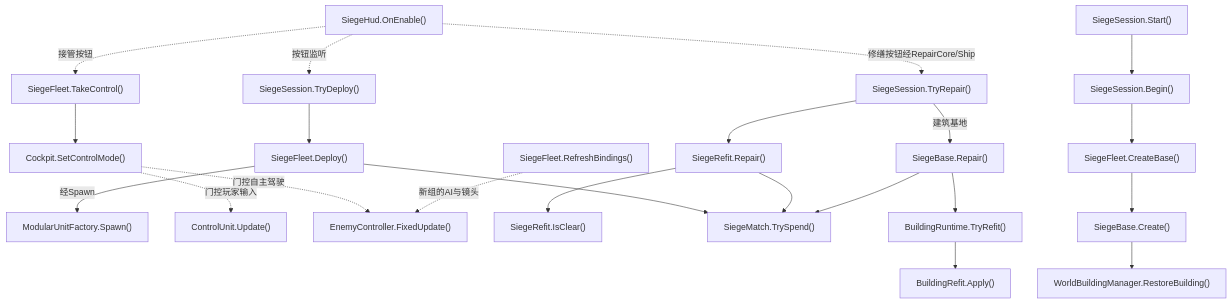
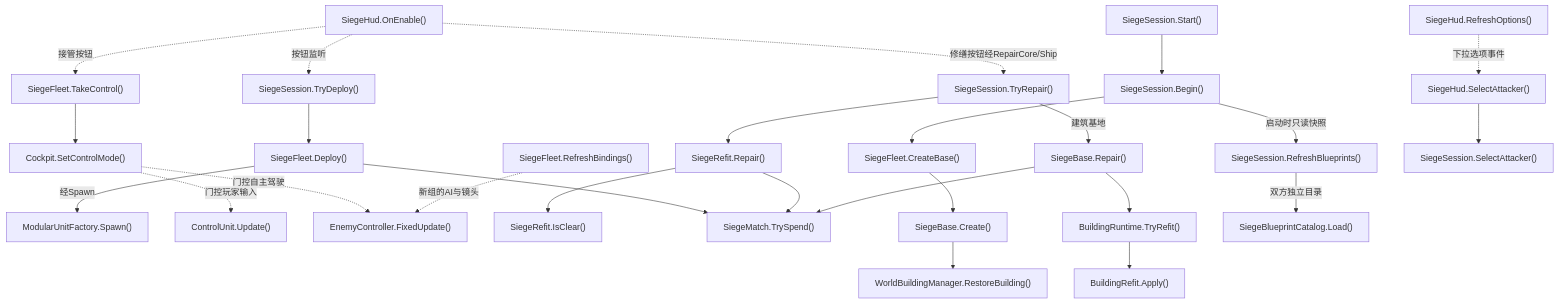
Before and after one commit to kukudia/HY-Sandbox: diagram 33 of 40 in Docs/RuntimeFlow.md, drawn with Mermaid. The commit also changed other lines of this file and 17 other files, not shown here.

First line of the commit message:
Select Siege fleets from separate player and enemy blueprint catalogs

````diff
--- a/Docs/RuntimeFlow.md
+++ b/Docs/RuntimeFlow.md
@@ -3034,66 +3034,80 @@
 ```mermaid
 flowchart TD
     A["SiegeSession.Start()"]
-    click A "../Assets/Scripts/Features/Siege/SiegeSession.cs#L46" "打开源码"
+    click A "../Assets/Scripts/Features/Siege/SiegeSession.cs#L95" "打开源码"
     B["SiegeSession.Begin()"]
-    click B "../Assets/Scripts/Features/Siege/SiegeSession.cs#L56" "打开源码"
+    click B "../Assets/Scripts/Features/Siege/SiegeSession.cs#L105" "打开源码"
     C["SiegeFleet.CreateBase()"]
     click C "../Assets/Scripts/Features/Siege/SiegeFleet.cs#L30" "打开源码"
     D["SiegeSession.TryDeploy()"]
-    click D "../Assets/Scripts/Features/Siege/SiegeSession.cs#L92" "打开源码"
+    click D "../Assets/Scripts/Features/Siege/SiegeSession.cs#L148" "打开源码"
     E["SiegeFleet.Deploy()"]
     click E "../Assets/Scripts/Features/Siege/SiegeFleet.cs#L37" "打开源码"
     F["ModularUnitFactory.Spawn()"]
     click F "../Assets/Scripts/Features/Simulation/ModularUnitFactory.cs#L41" "打开源码"
     G["SiegeFleet.TakeControl()"]
     click G "../Assets/Scripts/Features/Siege/SiegeFleet.cs#L84" "打开源码"
     H["Cockpit.SetControlMode()"]
     click H "../Assets/Scripts/Features/Simulation/Cockpit.cs#L20" "打开源码"
     I["ControlUnit.Update()"]
     click I "../Assets/Scripts/Features/Simulation/ControlUnit.cs#L113" "打开源码"
     J["EnemyController.FixedUpdate()"]
     click J "../Assets/Scripts/Features/Combat/EnemyController.cs#L40" "打开源码"
     K["SiegeFleet.RefreshBindings()"]
     click K "../Assets/Scripts/Features/Siege/SiegeFleet.cs#L153" "打开源码"
     L["SiegeSession.TryRepair()"]
-    click L "../Assets/Scripts/Features/Siege/SiegeSession.cs#L105" "打开源码"
+    click L "../Assets/Scripts/Features/Siege/SiegeSession.cs#L161" "打开源码"
     M["SiegeRefit.Repair()"]
     click M "../Assets/Scripts/Features/Siege/SiegeRefit.cs#L115" "打开源码"
     N["SiegeRefit.IsClear()"]
     click N "../Assets/Scripts/Features/Siege/SiegeRefit.cs#L9" "打开源码"
     O["SiegeMatch.TrySpend()"]
     click O "../Assets/Scripts/Features/Siege/SiegeMatch.cs#L123" "打开源码"
     P["SiegeHud.OnEnable()"]
-    click P "../Assets/Scripts/Features/Siege/SiegeHud.cs#L36" "打开源码"
+    click P "../Assets/Scripts/Features/Siege/SiegeHud.cs#L44" "打开源码"
     Q["SiegeBase.Create()"]
     click Q "../Assets/Scripts/Features/Siege/SiegeBase.cs#L35" "打开源码"
     R["WorldBuildingManager.RestoreBuilding()"]
     click R "../Assets/Scripts/Features/World/WorldBuildingManager.cs#L126" "打开源码"
     S["SiegeBase.Repair()"]
     click S "../Assets/Scripts/Features/Siege/SiegeBase.cs#L98" "打开源码"
     T["BuildingRuntime.TryRefit()"]
     click T "../Assets/Scripts/Features/World/BuildingRuntime.cs#L37" "打开源码"
     U["BuildingRefit.Apply()"]
     click U "../Assets/Scripts/Features/World/BuildingRefit.cs#L9" "打开源码"
+    V["SiegeSession.RefreshBlueprints()"]
+    click V "../Assets/Scripts/Features/Siege/SiegeSession.cs#L43" "打开源码"
+    W["SiegeBlueprintCatalog.Load()"]
+    click W "../Assets/Scripts/Features/Siege/SiegeBlueprintCatalog.cs#L10" "打开源码"
+    X["SiegeHud.RefreshOptions()"]
+    click X "../Assets/Scripts/Features/Siege/SiegeHud.cs#L159" "打开源码"
+    Y["SiegeHud.SelectAttacker()"]
+    click Y "../Assets/Scripts/Features/Siege/SiegeHud.cs#L195" "打开源码"
+    Z["SiegeSession.SelectAttacker()"]
+    click Z "../Assets/Scripts/Features/Siege/SiegeSession.cs#L35" "打开源码"
     A --> B
     B --> C
     C --> Q
     Q --> R
     P -.->|按钮监听| D
     D --> E
+    B -->|启动时只读快照| V
+    V -->|双方独立目录| W
+    X -.->|下拉选项事件| Y
+    Y --> Z
     E -->|经Spawn| F
     E --> O
     P -.->|接管按钮| G
     G --> H
     H -.->|门控玩家输入| I
     H -.->|门控自主驾驶| J
     K -.->|新组的AI与镜头| J
     P -.->|修缮按钮经RepairCore/Ship| L
     L --> M
     M --> N
     M --> O
     L -->|建筑基地| S
     S --> T
     T --> U
     S --> O
 ```
````
